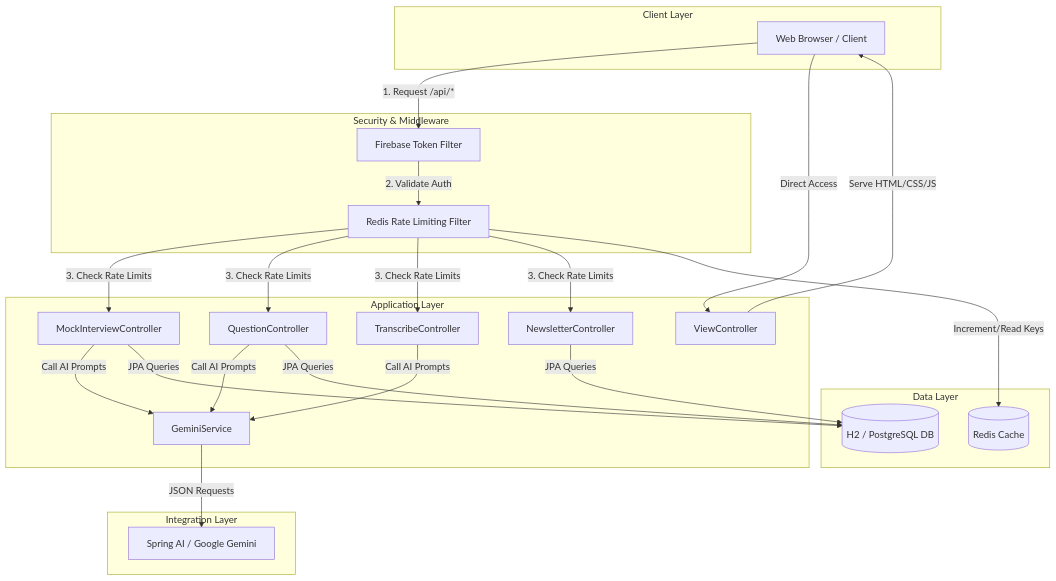
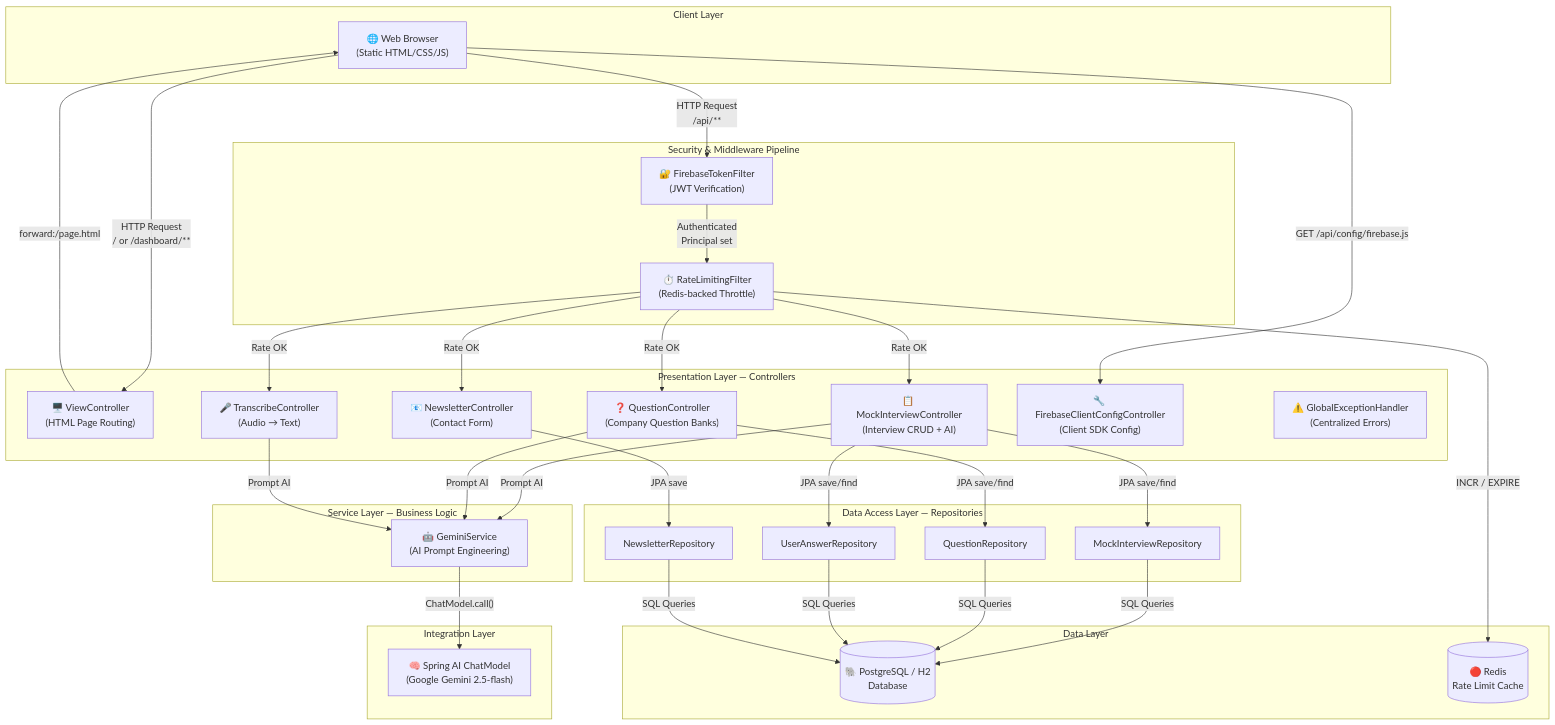
One commit to NirmayKadam/PrepWarrior changed the first of 7 diagrams in documents/architecture.md. Above: the diagram before and after it, drawn with Mermaid. The commit also changed other lines of this file and 8 other files, not shown here.

````diff
--- a/documents/architecture.md
+++ b/documents/architecture.md
@@ -10,39 +70,56 @@
 ```mermaid
 graph TD
-    subgraph Client Layer
-        A[Web Browser / Client]
+    subgraph "Client Layer"
+        A["🌐 Web Browser<br/>(Static HTML/CSS/JS)"]
     end
 
-    subgraph Security & Middleware
-        B[Firebase Token Filter]
-        C[Redis Rate Limiting Filter]
+    subgraph "Security & Middleware Pipeline"
+        B["🔐 FirebaseTokenFilter<br/>(JWT Verification)"]
+        C["⏱️ RateLimitingFilter<br/>(Redis-backed Throttle)"]
     end
 
-    subgraph Application Layer
-        D[ViewController]
-        E[MockInterviewController]
-        F[QuestionController]
-        G[TranscribeController]
-        H[NewsletterController]
-        I[GeminiService]
+    subgraph "Presentation Layer — Controllers"
+        D["🖥️ ViewController<br/>(HTML Page Routing)"]
+        E["📋 MockInterviewController<br/>(Interview CRUD + AI)"]
+        F["❓ QuestionController<br/>(Company Question Banks)"]
+        G["🎤 TranscribeController<br/>(Audio → Text)"]
+        H["📧 NewsletterController<br/>(Contact Form)"]
+        I["🔧 FirebaseClientConfigController<br/>(Client SDK Config)"]
+        J["⚠️ GlobalExceptionHandler<br/>(Centralized Errors)"]
     end
 
-    subgraph Integration Layer
-        J[Spring AI / Google Gemini]
+    subgraph "Service Layer — Business Logic"
+        K["🤖 GeminiService<br/>(AI Prompt Engineering)"]
     end
 
-    subgraph Data Layer
-        K[(H2 / PostgreSQL DB)]
-        L[(Redis Cache)]
+    subgraph "Integration Layer"
+        L["🧠 Spring AI ChatModel<br/>(Google Gemini 2.5-flash)"]
     end
 
-    A -->|1. Request /api/*| B
-    B -->|2. Validate Auth| C
-    C -->|3. Check Rate Limits| E & F & G & H
-    A -->|Direct Access| D
-    D -->|Serve HTML/CSS/JS| A
-    E & F & G -->|Call AI Prompts| I
-    I -->|JSON Requests| J
-    E & F & H -->|JPA Queries| K
-    C -->|Increment/Read Keys| L
+    subgraph "Data Access Layer — Repositories"
+        M["MockInterviewRepository"]
+        N["QuestionRepository"]
+        O["UserAnswerRepository"]
+        P["NewsletterRepository"]
+    end
+
+    subgraph "Data Layer"
+        Q[("🐘 PostgreSQL / H2<br/>Database")]
+        R[("🔴 Redis<br/>Rate Limit Cache")]
+    end
+
+    A -->|"HTTP Request<br/>/api/**"| B
+    B -->|"Authenticated<br/>Principal set"| C
+    C -->|"Rate OK"| E & F & G & H
+    A -->|"HTTP Request<br/>/ or /dashboard/**"| D
+    D -->|"forward:/page.html"| A
+    A -->|"GET /api/config/firebase.js"| I
+    E & F & G -->|"Prompt AI"| K
+    K -->|"ChatModel.call()"| L
+    E -->|"JPA save/find"| M
+    E -->|"JPA save/find"| O
+    F -->|"JPA save/find"| N
+    H -->|"JPA save"| P
+    M & N & O & P -->|"SQL Queries"| Q
+    C -->|"INCR / EXPIRE"| R
 ```
````
